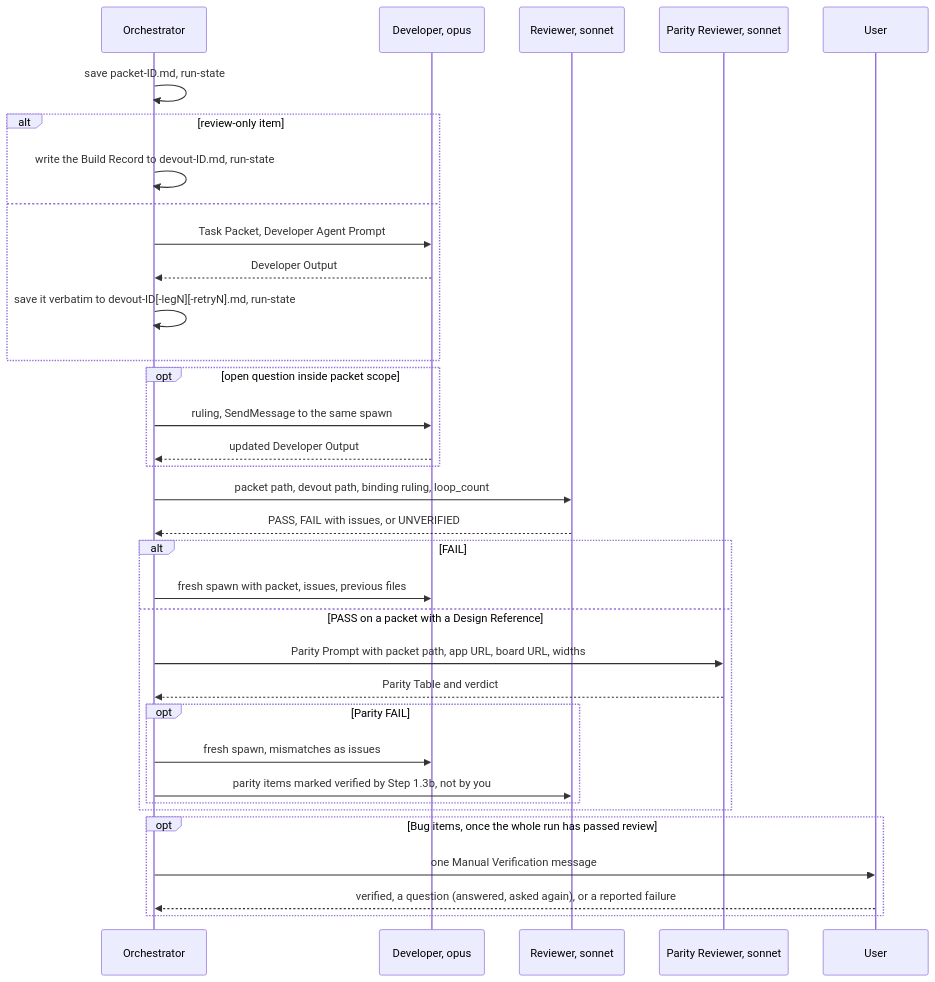
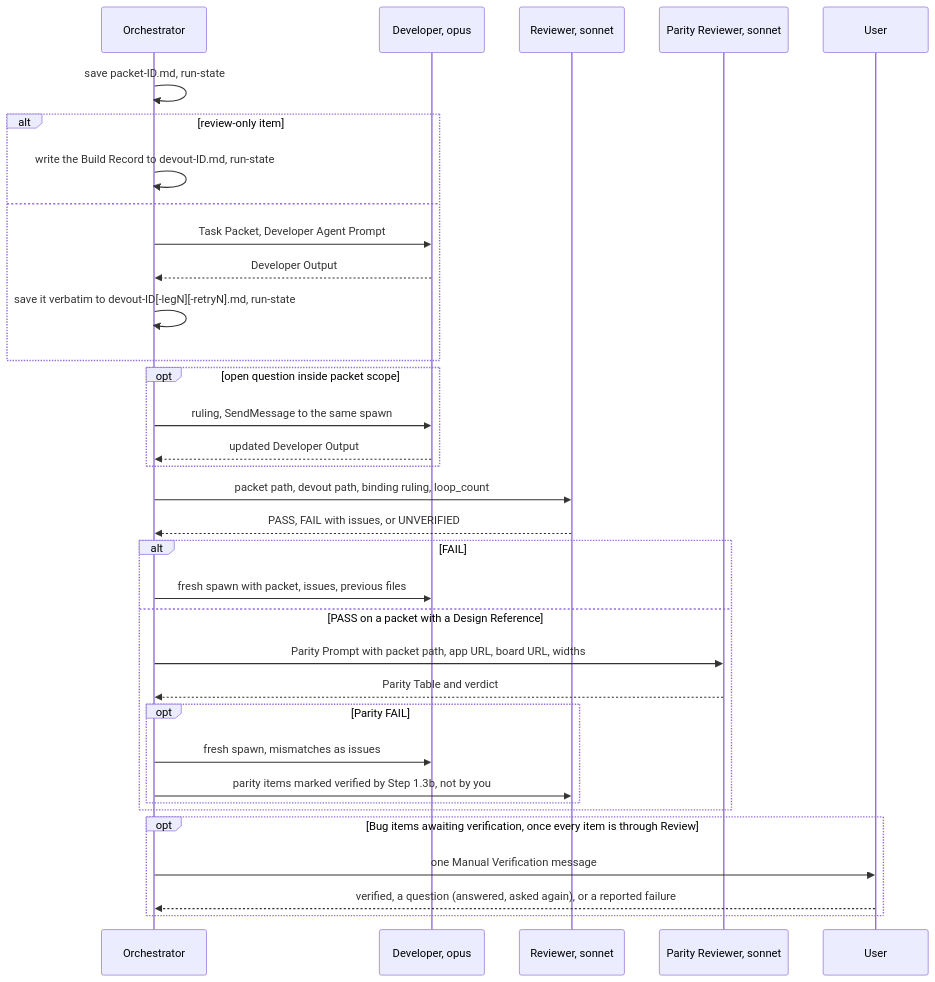
Before and after one commit to muhammedalikhan86/claude-stash: the fourth of 4 diagrams in skills/plugin-orchestrator-development-pattern/mermaid/03-phase1-work-item-loop.md, drawn with Mermaid. The commit also changed 26 other files, not shown here.

````diff
--- a/skills/plugin-orchestrator-development-pattern/mermaid/03-phase1-work-item-loop.md
+++ b/skills/plugin-orchestrator-development-pattern/mermaid/03-phase1-work-item-loop.md
@@ -85,36 +85,36 @@
 ```mermaid
 sequenceDiagram
     participant O as Orchestrator
     participant D as Developer, opus
     participant R as Reviewer, sonnet
     participant P as Parity Reviewer, sonnet
     participant U as User
     O->>O: save packet-ID.md, run-state
     alt review-only item
         O->>O: write the Build Record to devout-ID.md, run-state
     else
         O->>D: Task Packet, Developer Agent Prompt
         D-->>O: Developer Output
         O->>O: save it verbatim to devout-ID[-legN][-retryN].md, run-state
     end
     opt open question inside packet scope
         O->>D: ruling, SendMessage to the same spawn
         D-->>O: updated Developer Output
     end
     O->>R: packet path, devout path, binding ruling, loop_count
     R-->>O: PASS, FAIL with issues, or UNVERIFIED
     alt FAIL
         O->>D: fresh spawn with packet, issues, previous files
     else PASS on a packet with a Design Reference
         O->>P: Parity Prompt with packet path, app URL, board URL, widths
         P-->>O: Parity Table and verdict
         opt Parity FAIL
             O->>D: fresh spawn, mismatches as issues
             O->>R: parity items marked verified by Step 1.3b, not by you
         end
     end
-    opt Bug items, once the whole run has passed review
+    opt Bug items awaiting verification, once every item is through Review
         O->>U: one Manual Verification message
         U-->>O: verified, a question (answered, asked again), or a reported failure
     end
 ```
````
